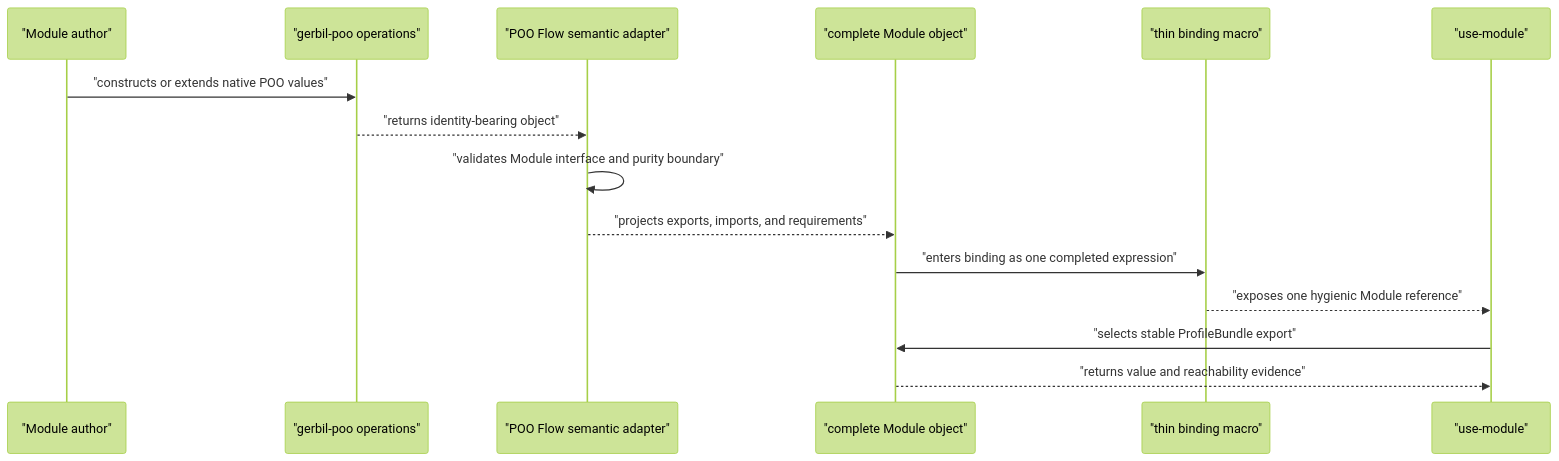
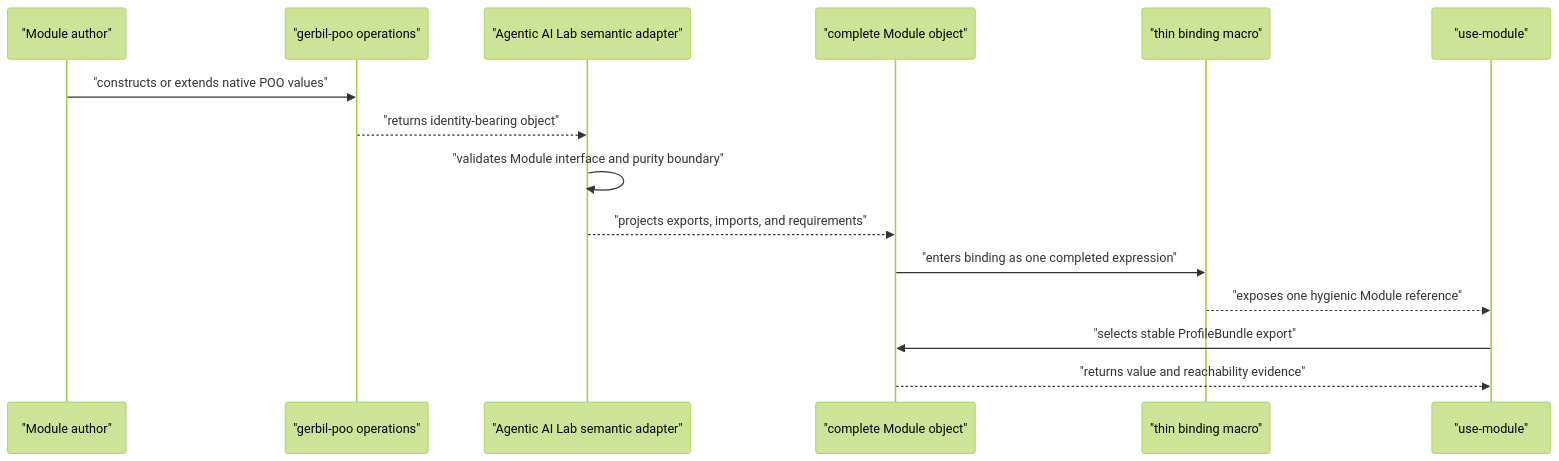
One commit to tao3k/gebril-yuanxu changed the second of 2 diagrams in module-system/design/45-97-poo-module-object-construction-export-projection-and-responsibility-attachment-algebra.org. Above: the diagram before and after it, drawn with Mermaid (forest theme). The commit also changed other lines of this file and 507 other files, not shown here.

```diff
--- a/module-system/design/45-97-poo-module-object-construction-export-projection-and-responsibility-attachment-algebra.org
+++ b/module-system/design/45-97-poo-module-object-construction-export-projection-and-responsibility-attachment-algebra.org
@@ -401,18 +401,18 @@
 #+begin_src mermaid
 sequenceDiagram
   participant Author as "Module author"
   participant Upstream as "gerbil-poo operations"
-  participant Adapter as "POO Flow semantic adapter"
+  participant Adapter as "Agentic AI Lab semantic adapter"
   participant Module as "complete Module object"
   participant Bind as "thin binding macro"
   participant Select as "use-module"
 
   Author->>Upstream: "constructs or extends native POO values"
   Upstream-->>Adapter: "returns identity-bearing object"
   Adapter->>Adapter: "validates Module interface and purity boundary"
   Adapter-->>Module: "projects exports, imports, and requirements"
   Module->>Bind: "enters binding as one completed expression"
   Bind-->>Select: "exposes one hygienic Module reference"
   Select->>Module: "selects stable ProfileBundle export"
   Module-->>Select: "returns value and reachability evidence"
 #+end_src
```
